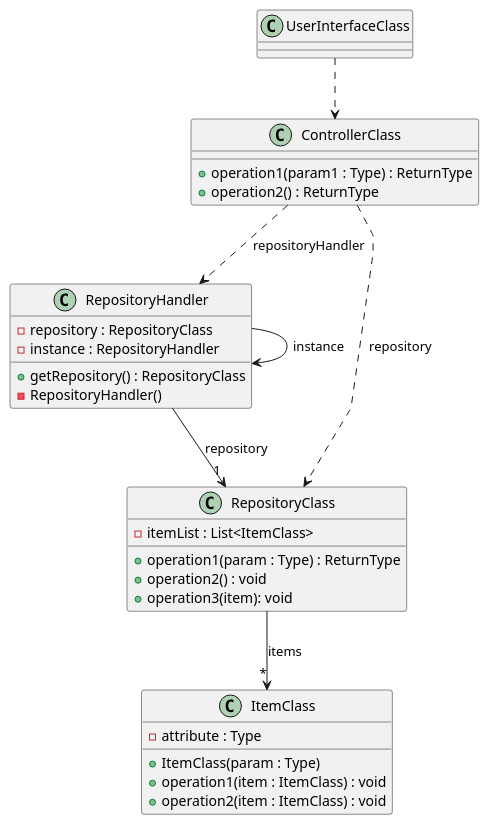
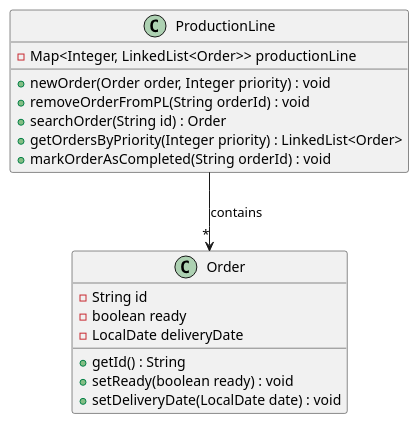
Before and after one commit to ricardomm7/buildflow: the diagram in others/documentation/usEI01/design/puml/class-diagram.puml, drawn with PlantUML. The commit also changed 16 other files, not shown here.

```diff
--- a/others/documentation/usEI01/design/puml/class-diagram.puml
+++ b/others/documentation/usEI01/design/puml/class-diagram.puml
@@ -1,44 +1,25 @@
 @startuml
 skinparam packageStyle rectangle
 skinparam shadowing false
 skinparam linetype polyline
 
-'left to right direction
-
-class UserInterfaceClass {
+class ProductionLine {
+    - Map<Integer, LinkedList<Order>> productionLine
+    + newOrder(Order order, Integer priority) : void
+    + removeOrderFromPL(String orderId) : void
+    + searchOrder(String id) : Order
+    + getOrdersByPriority(Integer priority) : LinkedList<Order>
+    + markOrderAsCompleted(String orderId) : void
 }
 
-class ControllerClass {
-    +operation1(param1 : Type) : ReturnType
-    +operation2() : ReturnType
+class Order {
+    - String id
+    - boolean ready
+    - LocalDate deliveryDate
+    + getId() : String
+    + setReady(boolean ready) : void
+    + setDeliveryDate(LocalDate date) : void
 }
 
-class RepositoryHandler {
-    +getRepository() : RepositoryClass
-    -repository : RepositoryClass
-            - instance : RepositoryHandler
-            - RepositoryHandler()
-}
-
-class RepositoryClass {
-    - itemList : List<ItemClass>
-    +operation1(param : Type) : ReturnType
-    +operation2() : void
-    +operation3(item): void
-}
-
-class ItemClass {
-    - attribute : Type
-    + ItemClass(param : Type)
-    +operation1(item : ItemClass) : void
-    +operation2(item : ItemClass) : void
-}
-
-UserInterfaceClass ..> ControllerClass
-RepositoryHandler --> "1" RepositoryClass : repository
-RepositoryHandler --> RepositoryHandler : instance
-RepositoryClass --> "*" ItemClass : items
-ControllerClass ..> RepositoryHandler : repositoryHandler
-ControllerClass ..> RepositoryClass : repository
-
+ProductionLine --> "*" Order : contains
 @enduml
```
